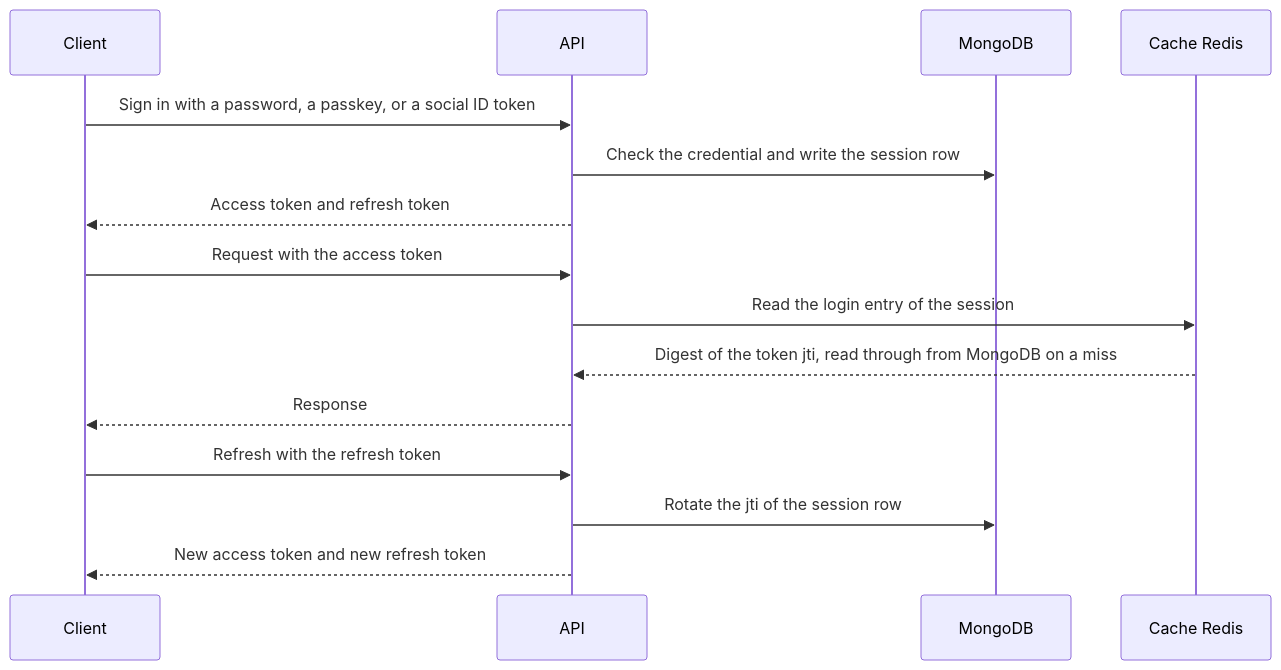
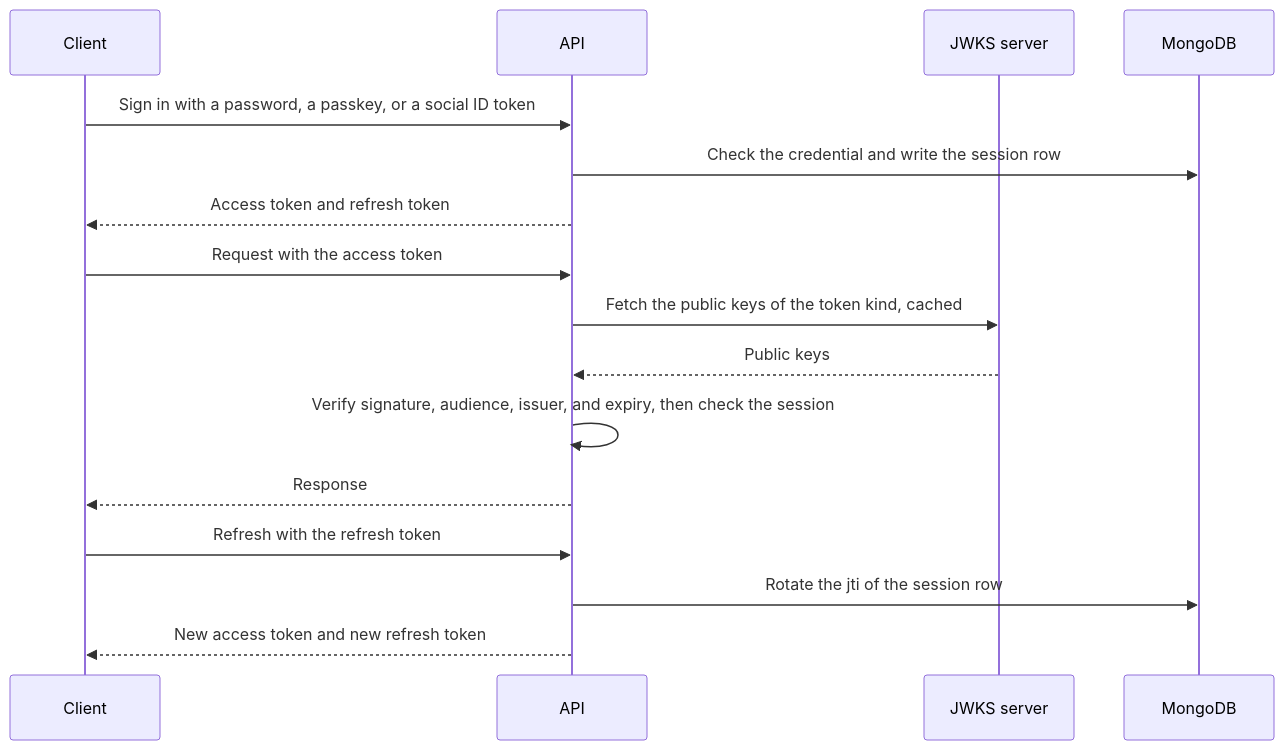
One commit to andrechristikan/ack-nestjs-boilerplate changed the diagram in docs/concepts/authentication.md. Above: the diagram before and after it, drawn with Mermaid. The commit also changed other lines of this file and 35 other files, not shown here.

Commit message:
docs: draw every diagram top to bottom and match each to its page

````diff
--- a/docs/concepts/authentication.md
+++ b/docs/concepts/authentication.md
@@ -39,18 +41,19 @@
 ```mermaid
 sequenceDiagram
     participant C as Client
     participant A as API
+    participant J as JWKS server
     participant DB as MongoDB
-    participant R as Cache Redis
 
     C->>A: Sign in with a password, a passkey, or a social ID token
     A->>DB: Check the credential and write the session row
     A-->>C: Access token and refresh token
     C->>A: Request with the access token
-    A->>R: Read the login entry of the session
-    R-->>A: Digest of the token jti, read through from MongoDB on a miss
+    A->>J: Fetch the public keys of the token kind, cached
+    J-->>A: Public keys
+    A->>A: Verify signature, audience, issuer, and expiry, then check the session
     A-->>C: Response
     C->>A: Refresh with the refresh token
     A->>DB: Rotate the jti of the session row
     A-->>C: New access token and new refresh token
 ```
````
